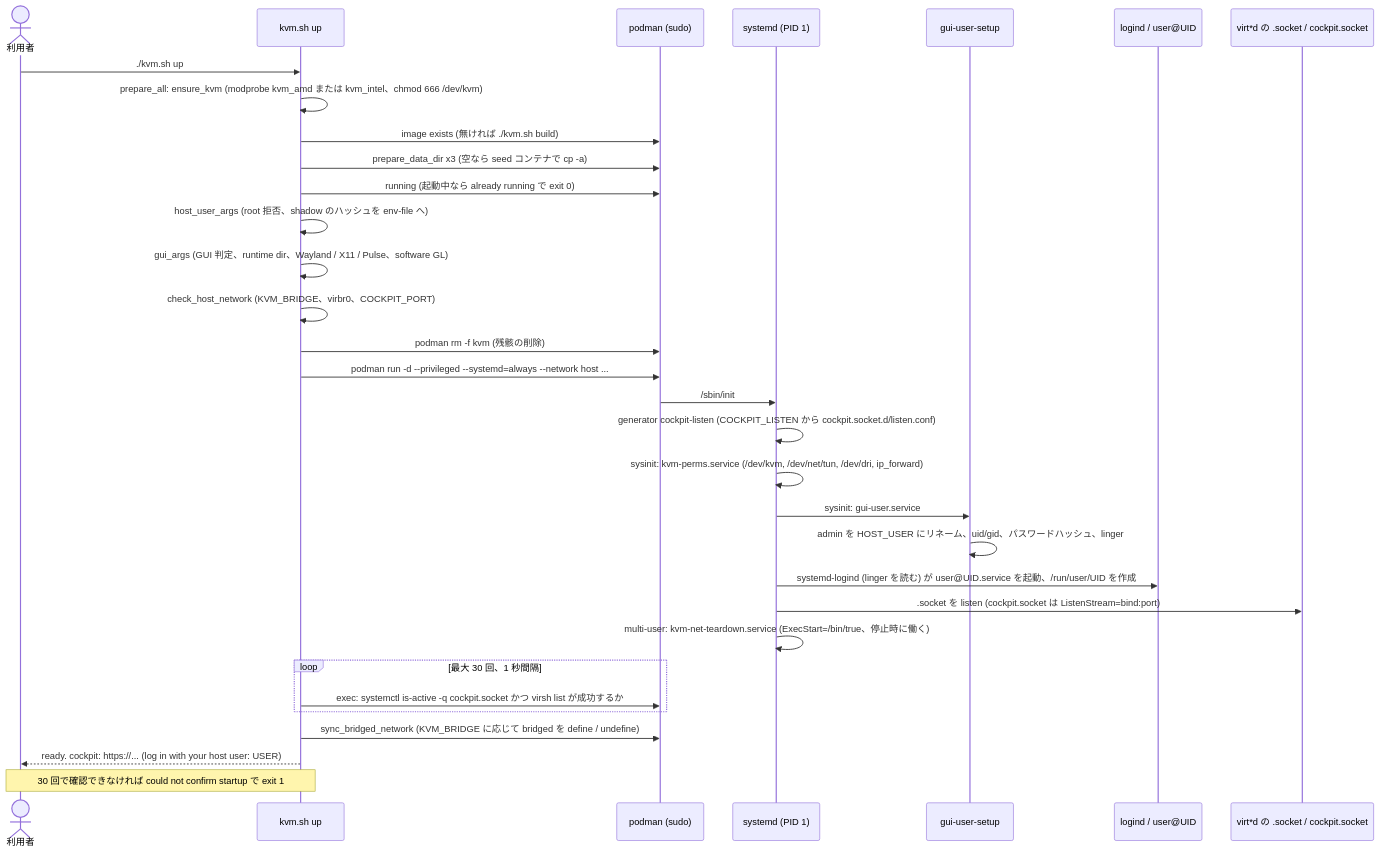
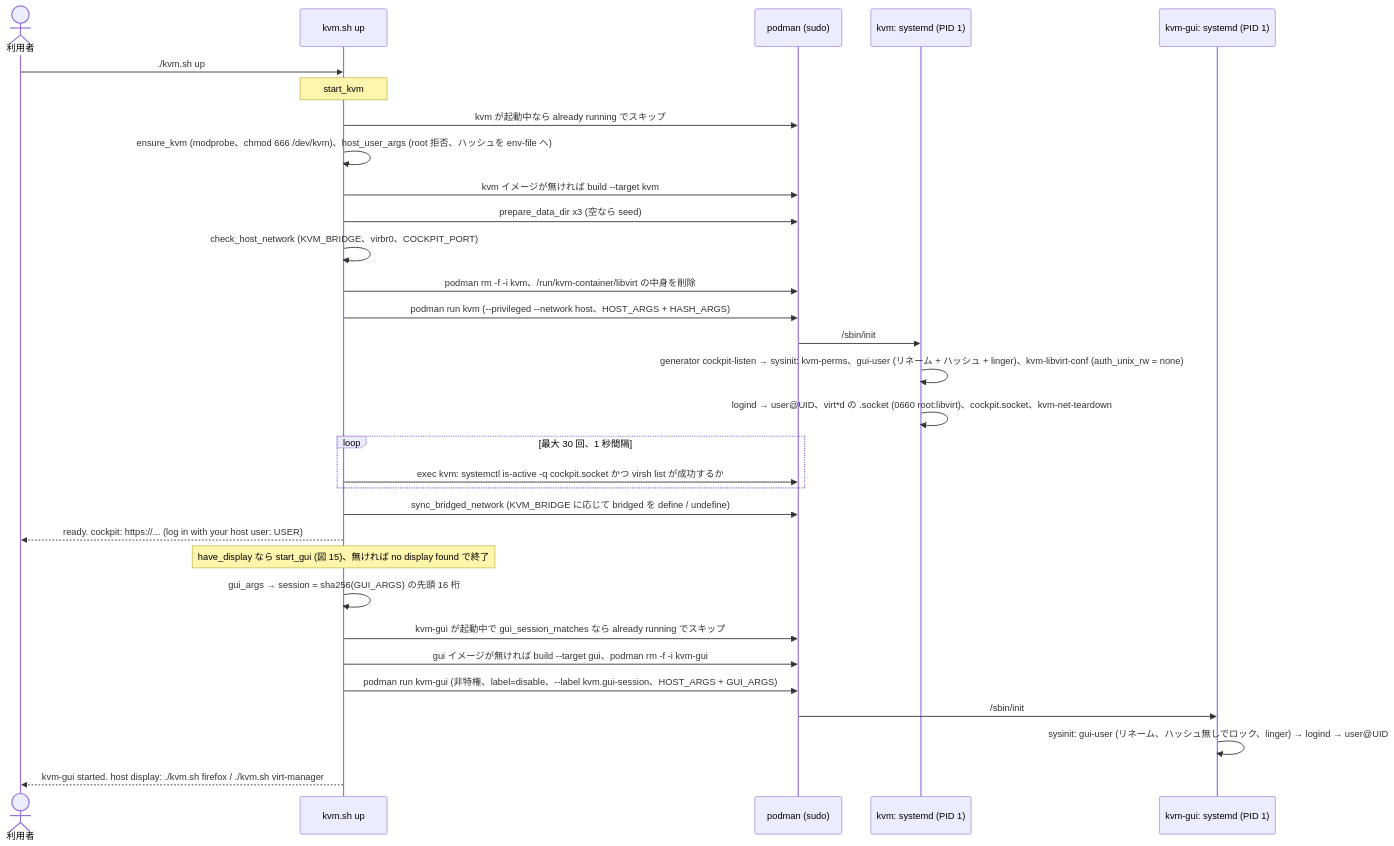
Diagram 14 of 22 in docs/SPEC.md (ryo-aoki-pc/kvm-container), drawn with Mermaid before and after one commit. The commit also changed other lines of this file, not shown here.

First line of the commit message:
docs/SPEC.md を 2 コンテナ構成 (kvm + kvm-gui) に合わせて全面更新する

````diff
--- a/docs/SPEC.md
+++ b/docs/SPEC.md
@@ -597,34 +741,33 @@
 ```mermaid
 sequenceDiagram
   actor U as 利用者
   participant K as kvm.sh up
   participant P as podman (sudo)
-  participant S as systemd (PID 1)
-  participant G as gui-user-setup
-  participant L as logind / user@UID
-  participant V as virt*d の .socket / cockpit.socket
+  participant S as kvm: systemd (PID 1)
+  participant G as kvm-gui: systemd (PID 1)
   U->>K: ./kvm.sh up
-  K->>K: prepare_all: ensure_kvm (modprobe kvm_amd または kvm_intel、chmod 666 /dev/kvm)
-  K->>P: image exists (無ければ ./kvm.sh build)
-  K->>P: prepare_data_dir x3 (空なら seed コンテナで cp -a)
-  K->>P: running (起動中なら already running で exit 0)
-  K->>K: host_user_args (root 拒否、shadow のハッシュを env-file へ)
-  K->>K: gui_args (GUI 判定、runtime dir、Wayland / X11 / Pulse、software GL)
+  Note over K: start_kvm
+  K->>P: kvm が起動中なら already running でスキップ
+  K->>K: ensure_kvm (modprobe、chmod 666 /dev/kvm)、host_user_args (root 拒否、ハッシュを env-file へ)
+  K->>P: kvm イメージが無ければ build --target kvm
+  K->>P: prepare_data_dir x3 (空なら seed)
   K->>K: check_host_network (KVM_BRIDGE、virbr0、COCKPIT_PORT)
-  K->>P: podman rm -f kvm (残骸の削除)
-  K->>P: podman run -d --privileged --systemd=always --network host ...
+  K->>P: podman rm -f -i kvm、/run/kvm-container/libvirt の中身を削除
+  K->>P: podman run kvm (--privileged --network host、HOST_ARGS + HASH_ARGS)
   P->>S: /sbin/init
-  S->>S: generator cockpit-listen (COCKPIT_LISTEN から cockpit.socket.d/listen.conf)
-  S->>S: sysinit: kvm-perms.service (/dev/kvm, /dev/net/tun, /dev/dri, ip_forward)
-  S->>G: sysinit: gui-user.service
-  G->>G: admin を HOST_USER にリネーム、uid/gid、パスワードハッシュ、linger
-  S->>L: systemd-logind (linger を読む) が user@UID.service を起動、/run/user/UID を作成
-  S->>V: .socket を listen (cockpit.socket は ListenStream=bind:port)
-  S->>S: multi-user: kvm-net-teardown.service (ExecStart=/bin/true、停止時に働く)
+  S->>S: generator cockpit-listen → sysinit: kvm-perms、gui-user (リネーム + ハッシュ + linger)、kvm-libvirt-conf (auth_unix_rw = none)
+  S->>S: logind → user@UID、virt*d の .socket (0660 root:libvirt)、cockpit.socket、kvm-net-teardown
   loop 最大 30 回、1 秒間隔
-    K->>P: exec: systemctl is-active -q cockpit.socket かつ virsh list が成功するか
+    K->>P: exec kvm: systemctl is-active -q cockpit.socket かつ virsh list が成功するか
   end
   K->>P: sync_bridged_network (KVM_BRIDGE に応じて bridged を define / undefine)
   K-->>U: ready. cockpit: https://... (log in with your host user: USER)
-  Note over K,U: 30 回で確認できなければ could not confirm startup で exit 1
+  Note over K: have_display なら start_gui (図 15)、無ければ no display found で終了
+  K->>K: gui_args → session = sha256(GUI_ARGS) の先頭 16 桁
+  K->>P: kvm-gui が起動中で gui_session_matches なら already running でスキップ
+  K->>P: gui イメージが無ければ build --target gui、podman rm -f -i kvm-gui
+  K->>P: podman run kvm-gui (非特権、label=disable、--label kvm.gui-session、HOST_ARGS + GUI_ARGS)
+  P->>G: /sbin/init
+  G->>G: sysinit: gui-user (リネーム、ハッシュ無しでロック、linger) → logind → user@UID
+  K-->>U: kvm-gui started. host display: ./kvm.sh firefox / ./kvm.sh virt-manager
 ```
````
